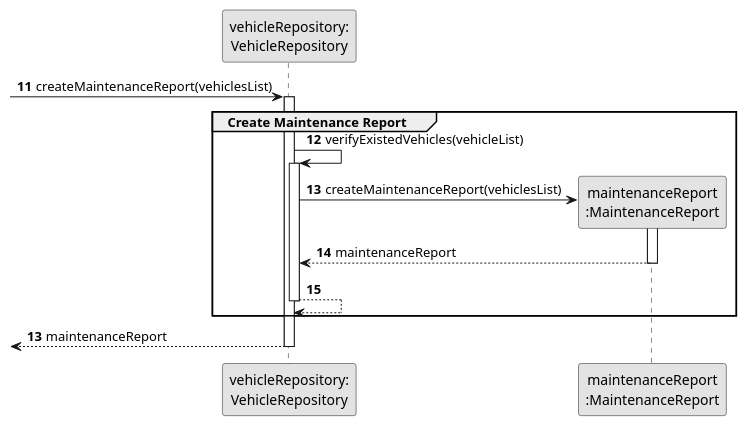
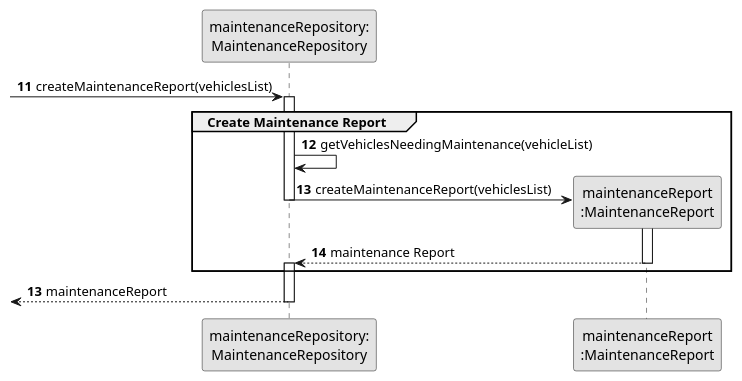
One commit to ricardomm7/leaflink changed the diagram in docs/sprintB/us008/03.design/puml/us008-sequence-diagram-partial-create-maintenance-report.puml. Above: the diagram before and after it, drawn with PlantUML. The commit also changed 9 other files, not shown here.

Commit message:
LFC2-150<Update US008 Readme.md and Class Diagram> LFC2-90<Update SSD>

```diff
--- a/docs/sprintB/us008/03.design/puml/us008-sequence-diagram-partial-create-maintenance-report.puml
+++ b/docs/sprintB/us008/03.design/puml/us008-sequence-diagram-partial-create-maintenance-report.puml
@@ -1,35 +1,33 @@
 @startuml
 skinparam monochrome true
 skinparam packageStyle rectangle
 skinparam shadowing false
 
-participant "vehicleRepository:\nVehicleRepository" as VehicleRepository
+participant "maintenanceRepository:\nMaintenanceRepository" as MaintenanceRepository
 participant "maintenanceReport\n:MaintenanceReport" as MaintenanceReport
 
 autonumber 11
--> VehicleRepository : createMaintenanceReport(vehiclesList)
+-> MaintenanceRepository : createMaintenanceReport(vehiclesList)
+activate MaintenanceRepository
 
-activate VehicleRepository
     group Create Maintenance Report
 
+        MaintenanceRepository -> MaintenanceRepository: getVehiclesNeedingMaintenance(vehicleList)
 
-                        VehicleRepository -> VehicleRepository: verifyExistedVehicles(vehicleList)
-                        activate VehicleRepository
+        MaintenanceRepository -> MaintenanceReport **: createMaintenanceReport(vehiclesList)
+        deactivate MaintenanceRepository
+        activate MaintenanceReport
 
-                            VehicleRepository -> MaintenanceReport **: createMaintenanceReport(vehiclesList)
-                            activate MaintenanceReport
+        MaintenanceReport --> MaintenanceRepository : maintenance Report
+        deactivate MaintenanceReport
 
-                            MaintenanceReport --> VehicleRepository : maintenanceReport
-                            deactivate
-
-                        VehicleRepository --> VehicleRepository
-                        deactivate VehicleRepository
+        activate MaintenanceRepository
     end group
 
     autonumber 13
-    <-- VehicleRepository : maintenanceReport
+    <-- MaintenanceRepository : maintenanceReport
 
-deactivate VehicleRepository
+deactivate MaintenanceRepository
 
 
 @enduml
```
